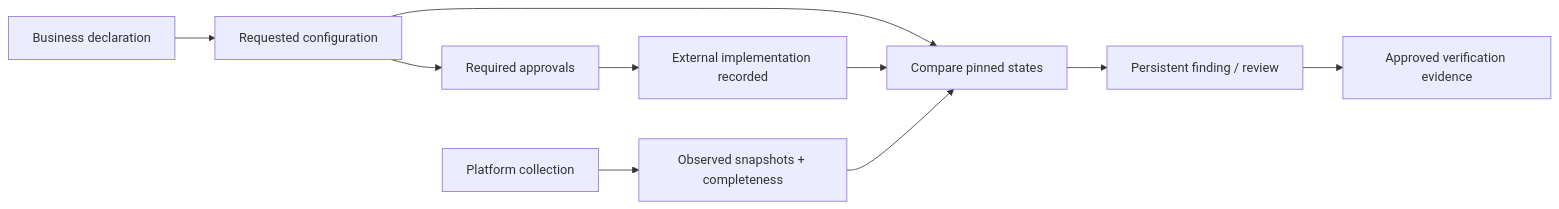
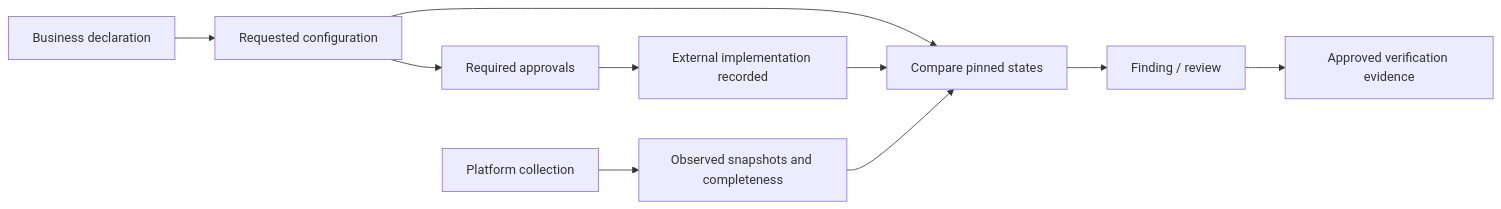
One commit to dlpate2525/analytic-registry changed the third of 3 diagrams in analytic-registry/docs/business-product.md. Above: the diagram before and after it, drawn with Mermaid. The commit also changed other lines of this file and 111 other files, not shown here.

````diff
--- a/analytic-registry/docs/business-product.md
+++ b/analytic-registry/docs/business-product.md
@@ -78,12 +103,12 @@
 ```mermaid
 flowchart LR
     business["Business declaration"] --> request["Requested configuration"]
     request --> approval["Required approvals"]
     approval --> implement["External implementation recorded"]
-    source["Platform collection"] --> observed["Observed snapshots + completeness"]
+    source["Platform collection"] --> observed["Observed snapshots and completeness"]
     request --> comparison["Compare pinned states"]
     implement --> comparison
     observed --> comparison
-    comparison --> finding["Persistent finding / review"]
+    comparison --> finding["Finding / review"]
     finding --> verify["Approved verification evidence"]
 ```
````
